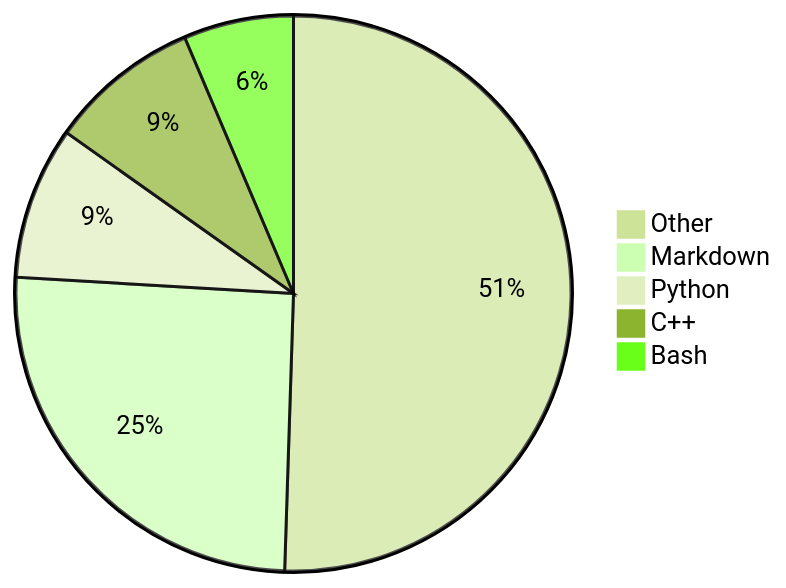
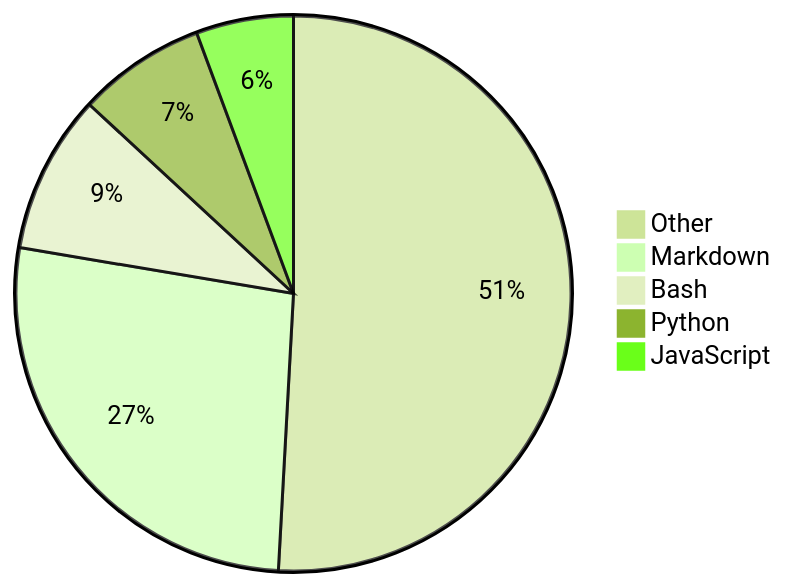
One commit to Alicia111/alicia111 changed the diagram in README.md. Above: the diagram before and after it, drawn with Mermaid (forest theme).

Commit message:
Update WakaTime stats (・ω・)b

````diff
--- a/README.md
+++ b/README.md
@@ -32,8 +32,8 @@
 ```mermaid
 pie
-    "Other" : 46.37
-    "Markdown" : 23.35
-    "Python" : 8.15
-    "C++" : 8.07
-    "Bash" : 5.87
+    "Other" : 47.17
+    "Markdown" : 24.83
+    "Bash" : 8.57
+    "Python" : 6.91
+    "JavaScript" : 5.25
 ```
````
